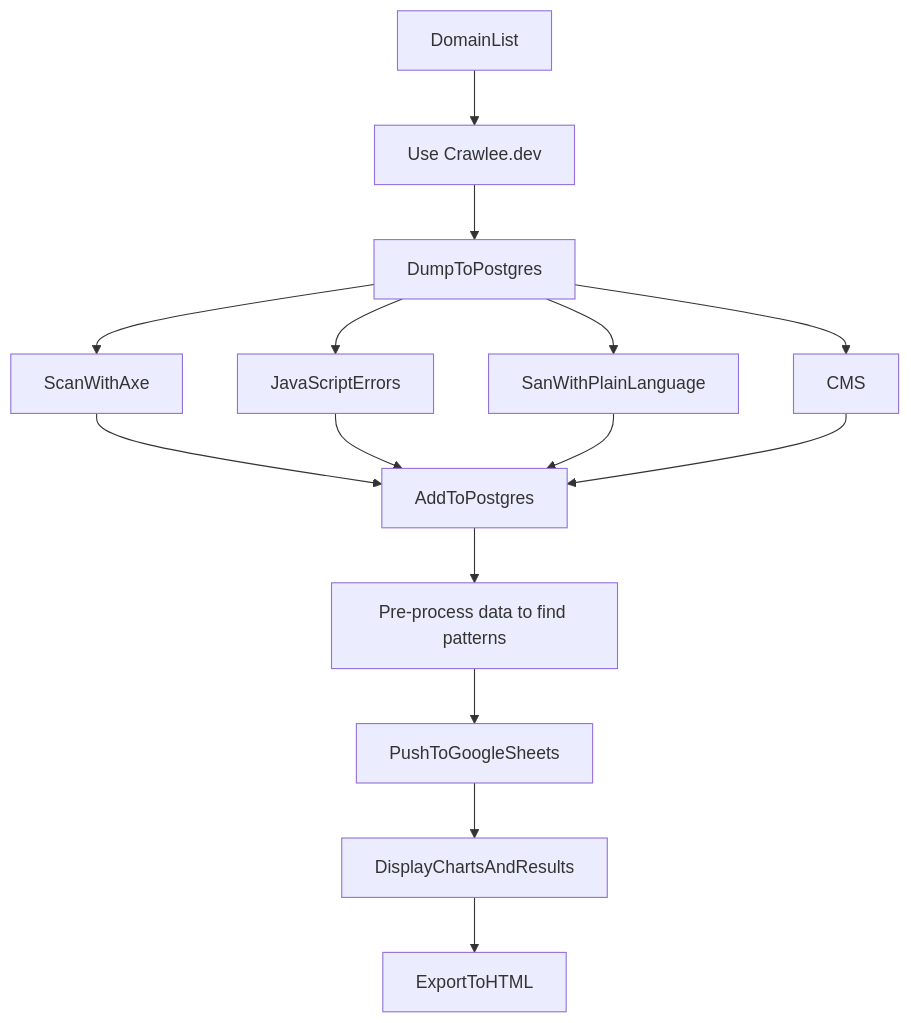
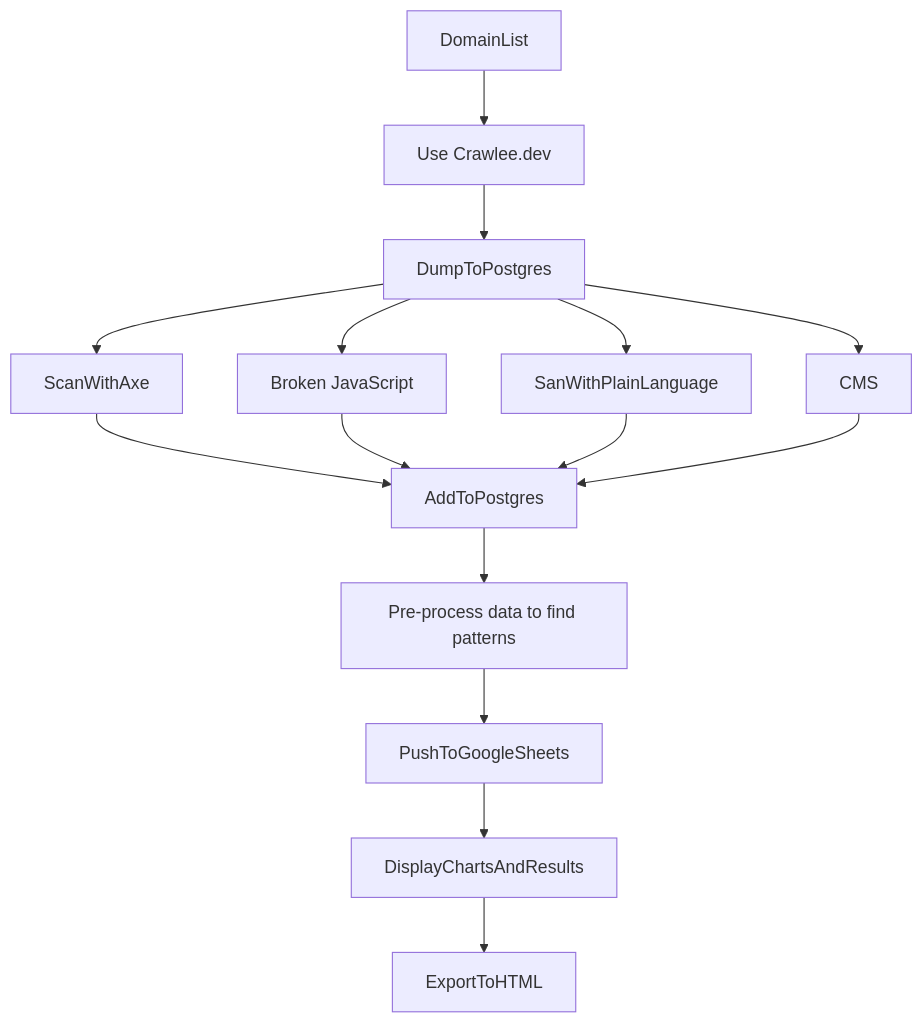
One commit to mgifford/mermaid-graphs changed the first of 2 diagrams in a11y-data-crawls.md. Above: the diagram before and after it, drawn with Mermaid.

````diff
--- a/a11y-data-crawls.md
+++ b/a11y-data-crawls.md
@@ -5,17 +5,17 @@
 ```mermaid
 graph TD
     DomainList-->Crawl4URLs;
     Crawl4URLs[Use Crawlee.dev]-->DumpToPostgres;
     DumpToPostgres-->ScanWithAxe;
     DumpToPostgres-->SanWithPlainLanguage;
     DumpToPostgres--> Wappalyzer[CMS];
-    DumpToPostgres--> JavaScriptErrors;
+    DumpToPostgres--> BrokenJavaScript[Broken JavaScript];
     ScanWithAxe-->AddToPostgres;
-    JavaScriptErrors-->AddToPostgres;
+    BrokenJavaScript-->AddToPostgres;
     SanWithPlainLanguage-->AddToPostgres;
     Wappalyzer-->AddToPostgres;
     AddToPostgres-->AggregateData["Pre-process data to find patterns"]
     AggregateData-->PushToGoogleSheets;
     PushToGoogleSheets-->DisplayChartsAndResults;
     DisplayChartsAndResults-->ExportToHTML;
 ```
````
